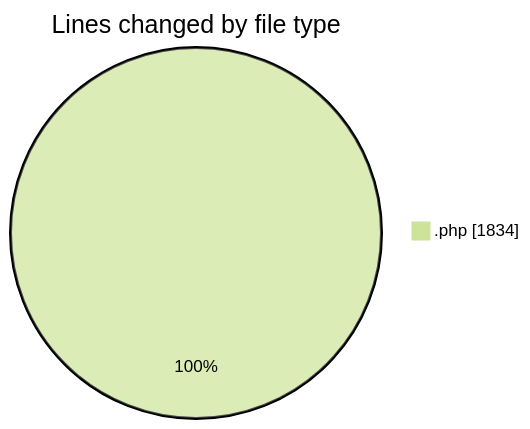
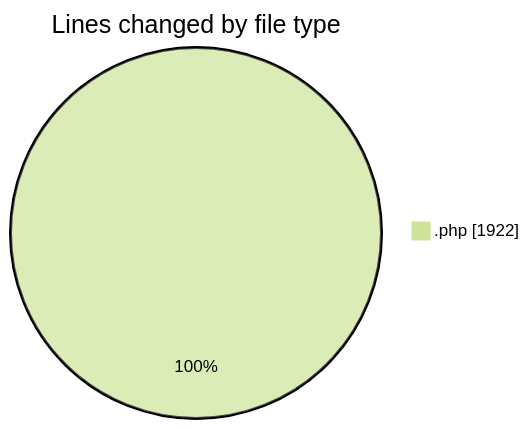
One commit to debugP/code-tracking changed the first of 2 diagrams in 2026-07-13/wp-content/README.md. Above: the diagram before and after it, drawn with Mermaid (forest theme). The commit also changed other lines of this file and 1 other file, not shown here.

````diff
--- a/2026-07-13/wp-content/README.md
+++ b/2026-07-13/wp-content/README.md
@@ -20,5 +20,5 @@
 ```mermaid
 pie showData
 title Lines changed by file type
-".php" : 1834
+".php" : 1922
 ```
````
